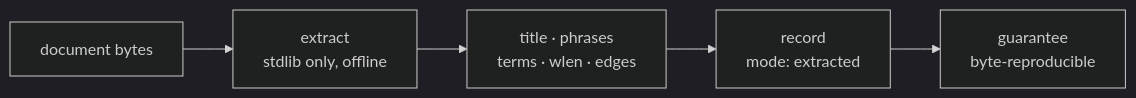
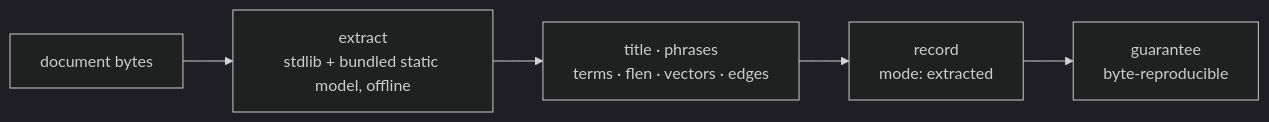
The diagram in docs/adr/0016_extracted-mode.md (arpitarya/fux), drawn with Mermaid (dark theme) before and after one commit. The commit also changed other lines of this file and 60 other files, not shown here.

````diff
--- a/docs/adr/0016_extracted-mode.md
+++ b/docs/adr/0016_extracted-mode.md
@@ -44,7 +58,7 @@
 ```mermaid
 flowchart LR
-    D["document bytes"] --> X["extract<br/>stdlib only, offline"]
-    X --> T["title · phrases<br/>terms · wlen · edges"]
+    D["document bytes"] --> X["extract<br/>stdlib + bundled static model, offline"]
+    X --> T["title · phrases<br/>terms · flen · vectors · edges"]
     T --> R["record<br/>mode: extracted"]
     R --> G["guarantee<br/>byte-reproducible"]
 ```
````
